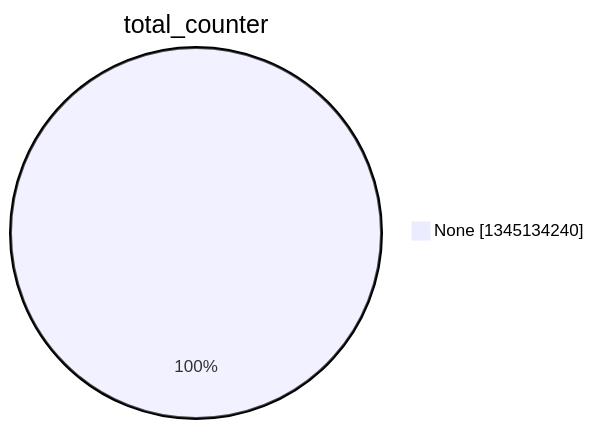
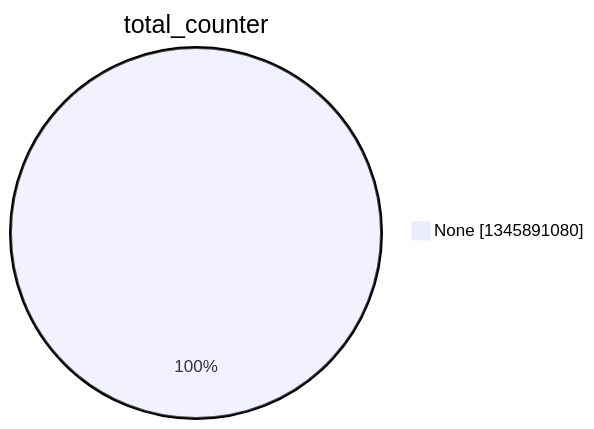
Before and after one commit to christiankrug/ctmonitor_visualization: the second of 15 diagrams in argon2022/README.md, drawn with Mermaid. The commit also changed other lines of this file, not shown here.

````diff
--- a/argon2022/README.md
+++ b/argon2022/README.md
@@ -9,5 +9,5 @@
 ```mermaid
 pie showData
 title total_counter
-"None" :1345134240
+"None" :1345891080
 ```
````
